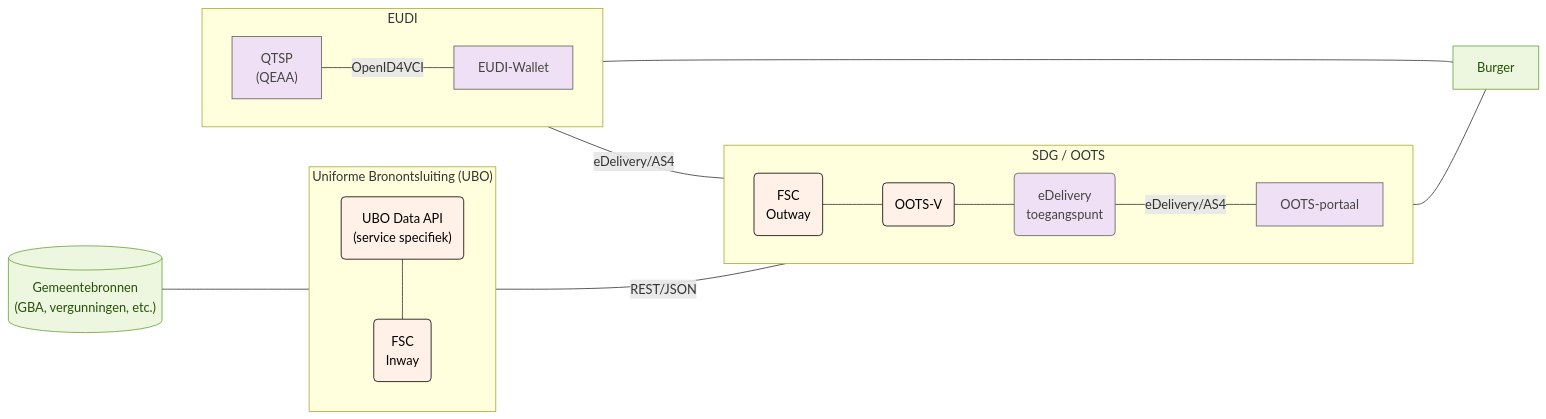
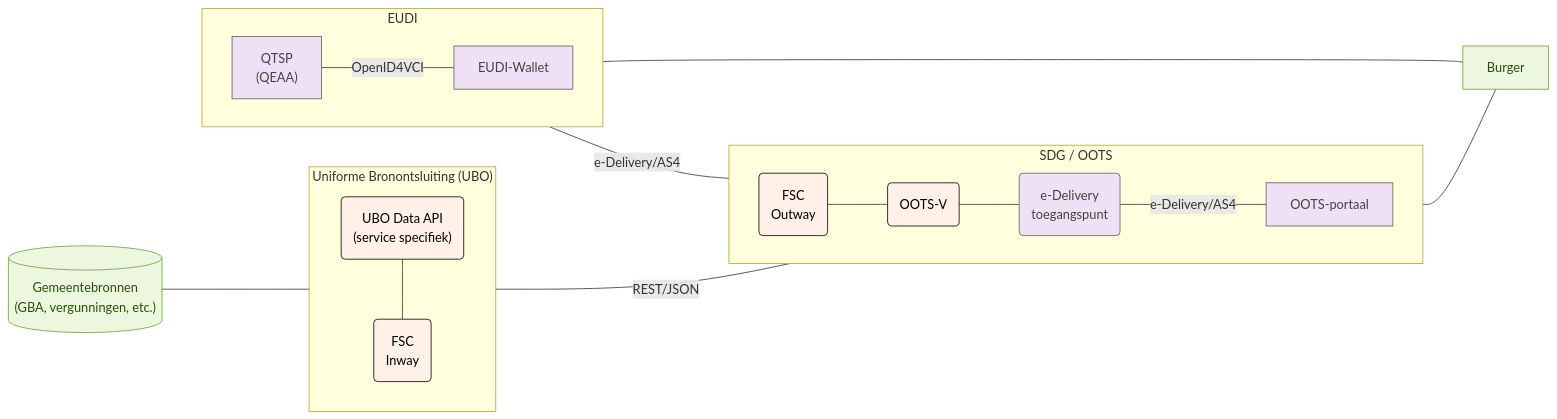
One commit to ICTU/GBO-PSA changed the diagram in docs/diagrammen/ubo_swimlanes_2.mmd. Above: the diagram before and after it, drawn with Mermaid. The commit also changed 16 other files, not shown here.

```diff
--- a/docs/diagrammen/ubo_swimlanes_2.mmd
+++ b/docs/diagrammen/ubo_swimlanes_2.mmd
@@ -1,55 +1,55 @@
 flowchart LR
   subgraph ubo["Uniforme Bronontsluiting (UBO)"]
     direction TB
     data_api("UBO Data API<br/>(service specifiek)")
     fsc("FSC<br/>Inway")
   end
 
 %%  subgraph synergy["Synergy"]
     subgraph oots["SDG / OOTS"]
       direction LR
       oots_outway("FSC<br/>Outway")
       oots_v("OOTS-V")
-      oots_delivery("eDelivery<br/>toegangspunt")
+      oots_delivery("e-Delivery<br/>toegangspunt")
       oots_afnemer["OOTS-portaal"]
     end
     subgraph eudi["EUDI"]
       direction LR
       eudi_qeaa["QTSP<br/>(QEAA)"]
       eudi_wallet["EUDI-Wallet"]
     end
 %%  end
 
   burger
 
   bron[("Gemeentebronnen<br/>(GBA, vergunningen, etc.)")] --- data_api --- fsc --REST/JSON--- oots_outway
-  oots_outway --- oots_v --- oots_delivery --eDelivery/AS4--- oots_afnemer
+  oots_outway --- oots_v --- oots_delivery --e-Delivery/AS4--- oots_afnemer
 
-  oots_delivery --eDelivery/AS4--- eudi_qeaa --OpenID4VCI--- eudi_wallet
+  oots_delivery --e-Delivery/AS4--- eudi_qeaa --OpenID4VCI--- eudi_wallet
   eudi_qeaa ~~~ oots_afnemer
 
   eudi_wallet --- burger["Burger"]
   oots_afnemer --- burger
 
   fsc:::ubo
   data_api:::ubo
 
   eudi_qeaa:::eudi
   eudi_wallet:::eudi
 
   oots_outway:::ubo
   oots_v:::ubo
   oots_delivery:::oots
   oots_afnemer:::oots
 
 %%  synergy:::synergy
 
   bron:::bron
   burger:::burger
 
   classDef bron fill:#edf7df,stroke:#6aa13a,color:#27500a
   classDef eudi fill:#efe0f5,stroke:#5f5e5a,color:#444441
   classDef oots fill:#efe0f5,stroke:#5f5e5a,color:#444441
   classDef ubo fill:#fff0e8,stroke:#000000,color:#000000
   classDef synergy fill:#f1efe8,stroke:#5f5e5a,color:#444441
   classDef burger fill:#edf7df,stroke:#6aa13a,color:#27500a
```
